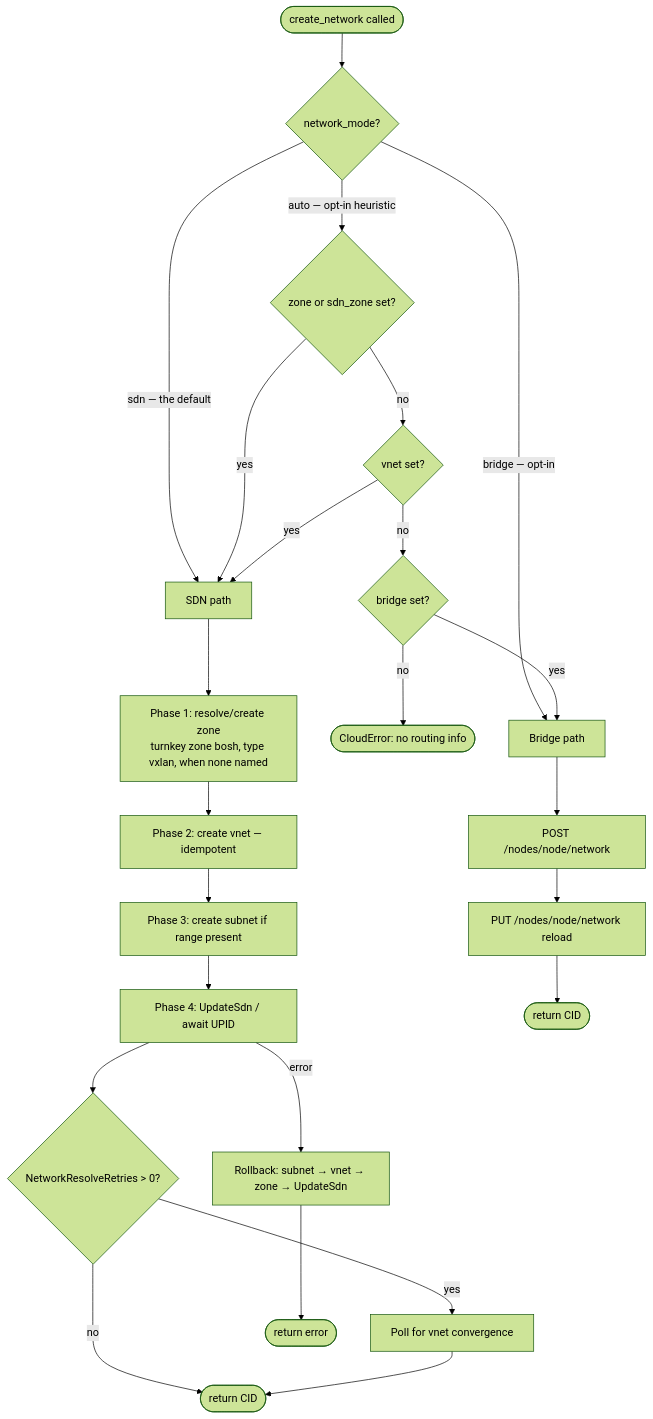
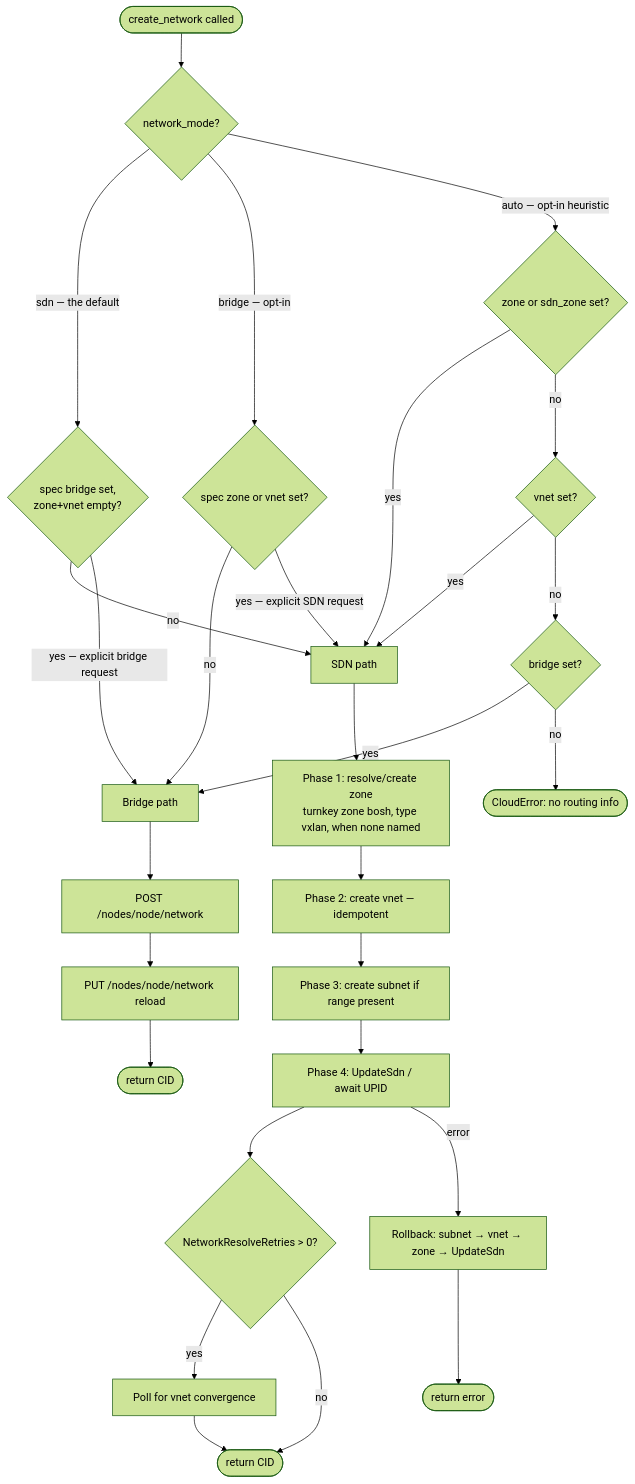
One commit to fivetwenty-io/bosh-proxmox-cpi-release changed the diagram in docs/networks.md. Above: the diagram before and after it, drawn with Mermaid (forest theme). The commit also changed other lines of this file and 5 other files, not shown here.

First line of the commit message:
fix: honor explicit spec-level path requests in create_network routing

````diff
--- a/docs/networks.md
+++ b/docs/networks.md
@@ -218,26 +221,30 @@
 ```mermaid
 flowchart TD
     A([create_network called]) --> B{network_mode?}
-    B -->|sdn — the default| C[SDN path]
-    B -->|bridge — opt-in| D[Bridge path]
+    B -->|sdn — the default| B1{spec bridge set,<br/>zone+vnet empty?}
+    B1 -->|no| C[SDN path]
+    B1 -->|yes — explicit bridge request| D[Bridge path]
+    B -->|bridge — opt-in| B2{spec zone or vnet set?}
+    B2 -->|no| D
+    B2 -->|yes — explicit SDN request| C
     B -->|auto — opt-in heuristic| E{zone or sdn_zone set?}
     E -->|yes| C
     E -->|no| F{vnet set?}
     F -->|yes| C
     F -->|no| G{bridge set?}
     G -->|yes| D
     G -->|no| H([CloudError: no routing info])
     C --> I[Phase 1: resolve/create zone<br/>turnkey zone bosh, type vxlan, when none named]
     I --> J[Phase 2: create vnet — idempotent]
     J --> K[Phase 3: create subnet if range present]
     K --> L[Phase 4: UpdateSdn / await UPID]
     L --> M{NetworkResolveRetries > 0?}
     M -->|yes| N[Poll for vnet convergence]
     M -->|no| O([return CID])
     N --> O
     L -->|error| P[Rollback: subnet → vnet → zone → UpdateSdn]
     P --> Q([return error])
     D --> R[POST /nodes/node/network]
     R --> S[PUT /nodes/node/network reload]
     S --> T([return CID])
 ```
````
